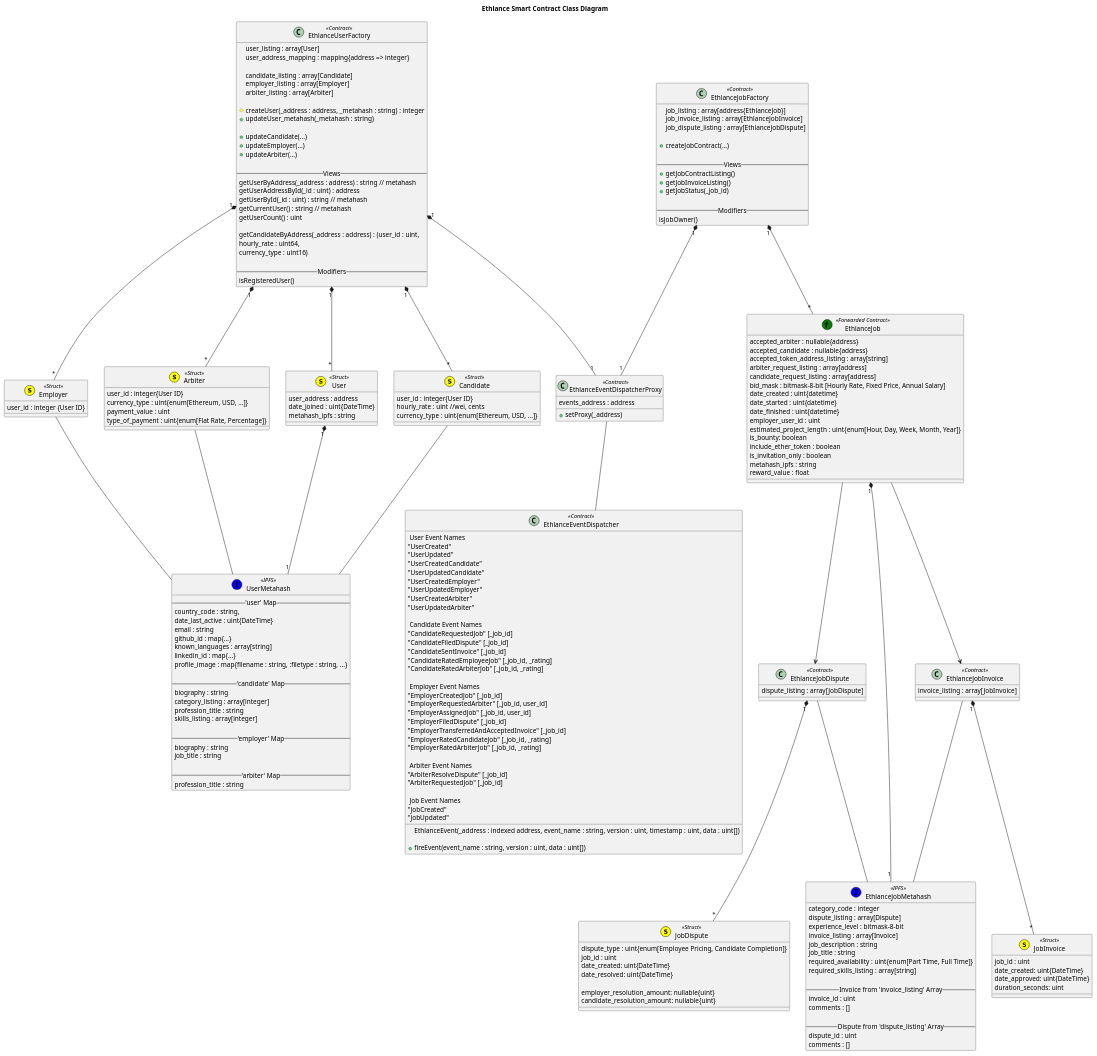
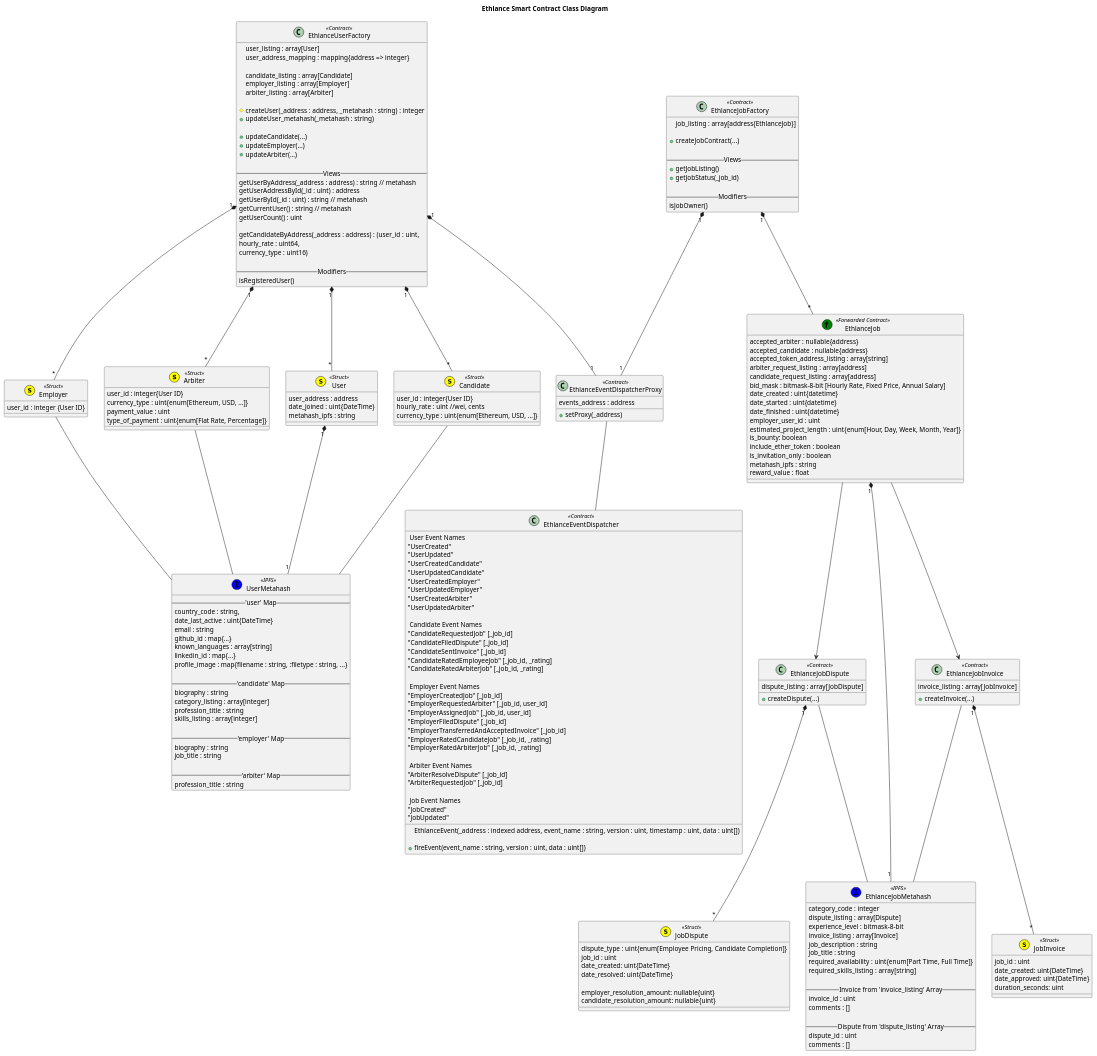
The diagram in docs/spec/ethlance_smart_contracts.org (district0x/ethlance), drawn with PlantUML before and after one commit. The commit also changed 1 other file, not shown here.

Commit message:
Additional methods added to class diagram

```diff
--- a/docs/spec/ethlance_smart_contracts.org
+++ b/docs/spec/ethlance_smart_contracts.org
@@ -249,6 +249,8 @@
   EthlanceJobInvoice "1" *-- "*" JobInvoice
   class EthlanceJobInvoice << Contract >> {
     invoice_listing : array[JobInvoice]
+
+    +createInvoice(...)
   }
 
   class JobInvoice << (s,yellow) Struct >> {
@@ -262,6 +264,8 @@
   EthlanceJobDispute "1" *-- "*" JobDispute
   class EthlanceJobDispute << Contract >> {
     dispute_listing : array[JobDispute]
+
+    +createDispute(...)
   }
 
   class JobDispute << (s,yellow) Struct >> {
@@ -277,14 +281,11 @@
   EthlanceJobFactory "1" *-- "*" EthlanceJob
   class EthlanceJobFactory << Contract >> {
     job_listing : array[address{EthlanceJob}]
-    job_invoice_listing : array[EthlanceJobInvoice]
-    job_dispute_listing : array[EthlanceJobDispute]
 
     +createJobContract(...)
 
     -- Views --
-    +getJobContractListing()
-    +getJobInvoiceListing()
+    +getJobListing()
     +getJobStatus(_job_id)
 
     -- Modifiers --
```
